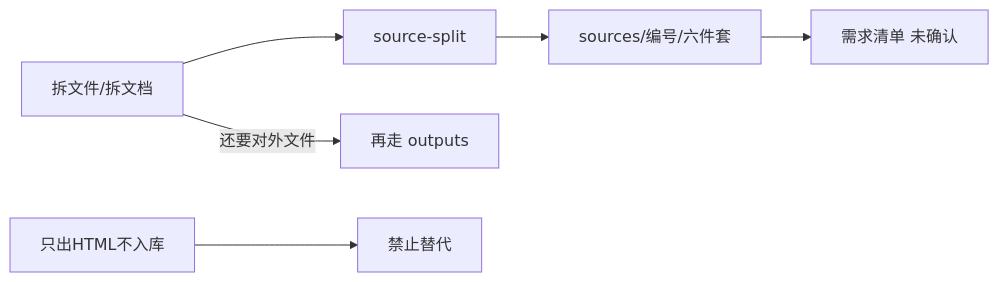
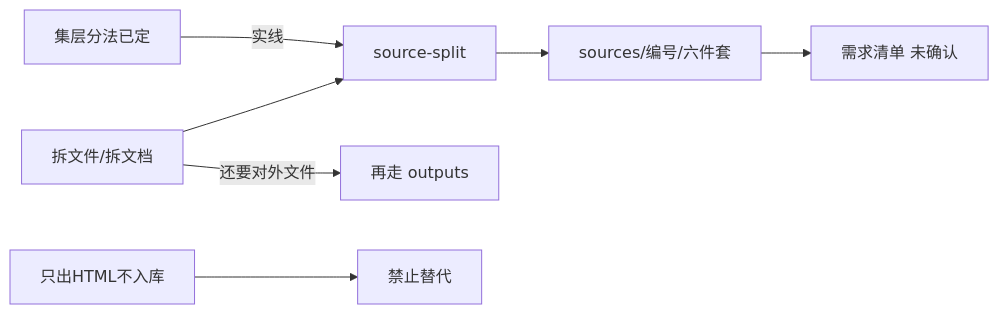
Before and after one commit to qiusuo0226/chrono-pm-skill: diagram 23 of 23 in ChronoPM-Project/SKILL_MODULE_MAP.md, drawn with Mermaid. The commit also changed other lines of this file and 12 other files, not shown here.

````diff
--- a/ChronoPM-Project/SKILL_MODULE_MAP.md
+++ b/ChronoPM-Project/SKILL_MODULE_MAP.md
@@ -260,8 +265,9 @@
 ```mermaid
 flowchart LR
   F[拆文件/拆文档] --> SPLIT[source-split]
   SPLIT --> SRC[sources/编号/六件套]
   SRC --> REQ[需求清单 未确认]
   F -->|还要对外文件| OUT[再走 outputs]
   X[只出HTML不入库] --> BAN[禁止替代]
+  PF[集层分法已定] -->|实线| SPLIT
 ```
````
